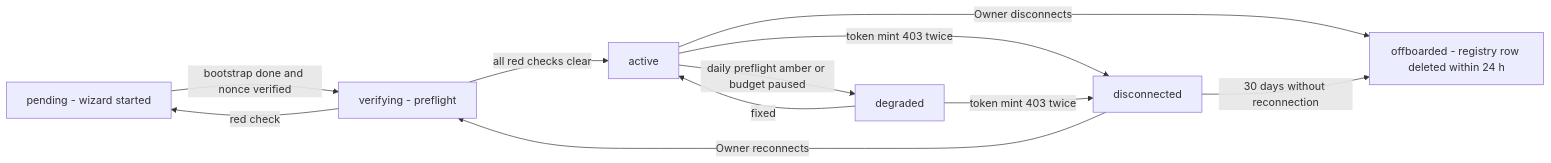
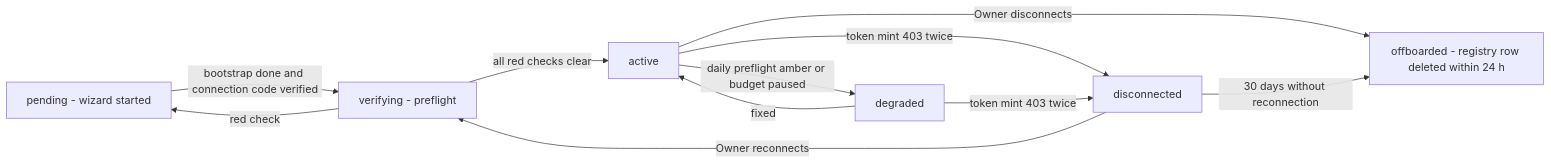
The second of 5 diagrams in docs/04-identity-tenancy-byo-gcp.md (mcastroarroyo/weathernext), drawn with Mermaid before and after one commit. The commit also changed other lines of this file, not shown here.

````diff
--- a/docs/04-identity-tenancy-byo-gcp.md
+++ b/docs/04-identity-tenancy-byo-gcp.md
@@ -291,13 +291,13 @@
 ```mermaid
 flowchart LR
-  P["pending - wizard started"] -->|"bootstrap done and nonce verified"| V["verifying - preflight"]
+  P["pending - wizard started"] -->|"bootstrap done and connection code verified"| V["verifying - preflight"]
   V -->|"all red checks clear"| A["active"]
   V -->|"red check"| P
   A -->|"daily preflight amber or budget paused"| D["degraded"]
   D -->|"fixed"| A
   A -->|"token mint 403 twice"| X["disconnected"]
   D -->|"token mint 403 twice"| X
   X -->|"Owner reconnects"| V
   A -->|"Owner disconnects"| O["offboarded - registry row deleted within 24 h"]
   X -->|"30 days without reconnection"| O
 ```
````
